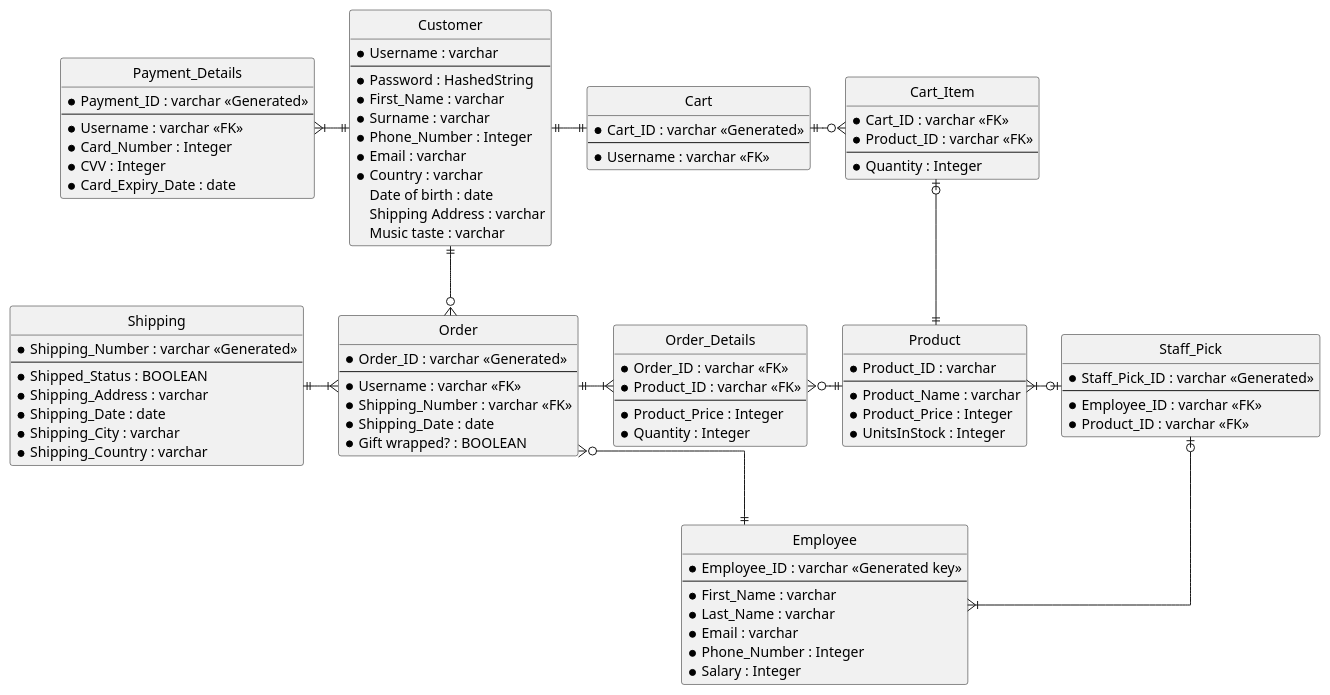
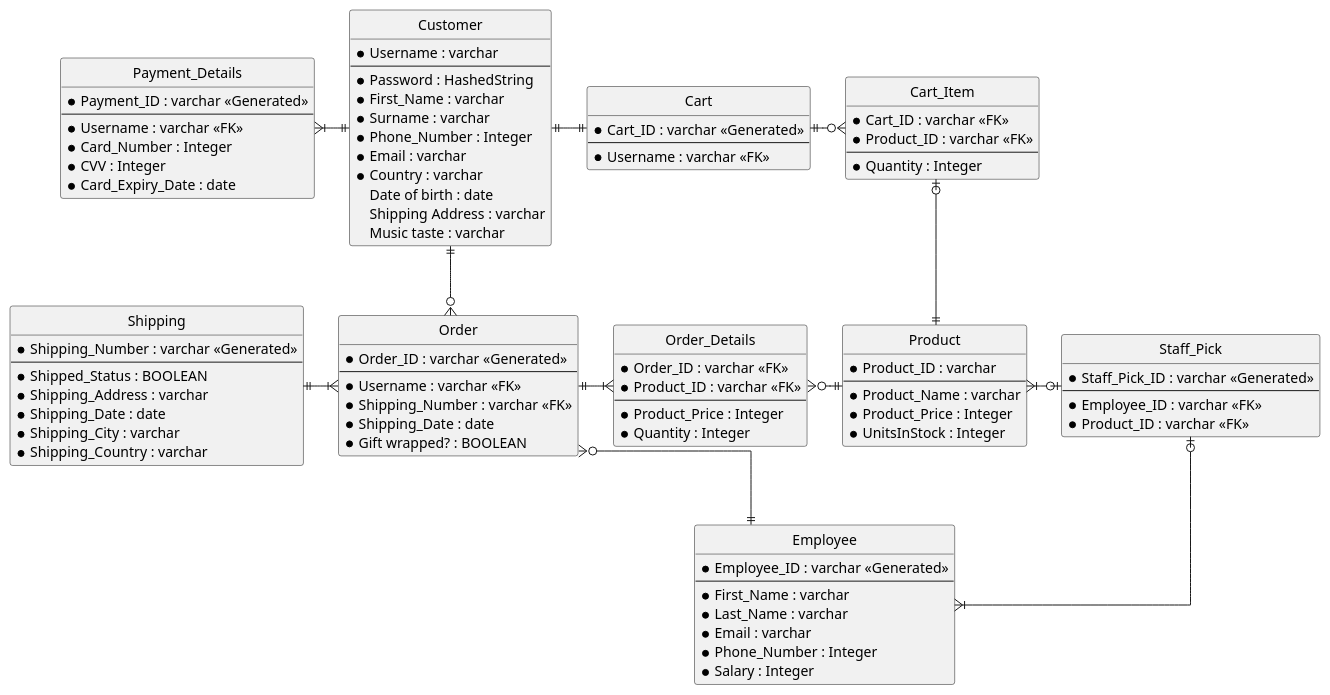
Before and after one commit to shaystevens/INFO201-assignments: the diagram in milestone2/HVLo-Fi-erd.puml, drawn with PlantUML.

Commit message:
Updated typo

```diff
--- a/milestone2/HVLo-Fi-erd.puml
+++ b/milestone2/HVLo-Fi-erd.puml
@@ -1,107 +1,107 @@
 @startuml HV Lo-Fi
 
 skinparam Style StrictUML
 skinparam LineType ortho
 skinparam monochrome true
 
 class Customer {
     * Username : varchar
 --
     * Password : HashedString
     * First_Name : varchar
     * Surname : varchar
     * Phone_Number : Integer
     * Email : varchar
     * Country : varchar
     Date of birth : date
     Shipping Address : varchar
     Music taste : varchar
 }
 
 class Product {
     * Product_ID : varchar
 --
     * Product_Name : varchar
     * Product_Price : Integer
     * UnitsInStock : Integer
 }
 
 class Order {
     * Order_ID : varchar <<Generated>>
 --
     * Username : varchar <<FK>>
     * Shipping_Number : varchar <<FK>>
     * Shipping_Date : date
     * Gift wrapped? : BOOLEAN
 }
 
 class Shipping {
     * Shipping_Number : varchar <<Generated>>
 --
     * Shipped_Status : BOOLEAN
     * Shipping_Address : varchar
     * Shipping_Date : date
     * Shipping_City : varchar
     * Shipping_Country : varchar
 }
 
 class Payment_Details {
     * Payment_ID : varchar <<Generated>>
 --
     * Username : varchar <<FK>>
     * Card_Number : Integer
     * CVV : Integer
     * Card_Expiry_Date : date
 }
 
 class Order_Details {
     * Order_ID : varchar <<FK>>
     * Product_ID : varchar <<FK>>
 --
     * Product_Price : Integer
     * Quantity : Integer
 }
 
 class Cart {
     * Cart_ID : varchar <<Generated>>
 --
     * Username : varchar <<FK>>
 }
 
 class Cart_Item {
     * Cart_ID : varchar <<FK>>
     * Product_ID : varchar <<FK>>
 --
     * Quantity : Integer
 }
 
 class Employee {
-    * Employee_ID : varchar <<Generated key>>
+    * Employee_ID : varchar <<Generated>>
 --
     * First_Name : varchar
     * Last_Name : varchar
     * Email : varchar
     * Phone_Number : Integer
     * Salary : Integer
 }
 
 class Staff_Pick {
     * Staff_Pick_ID : varchar <<Generated>>
 --
     * Employee_ID : varchar <<FK>>
     * Product_ID : varchar <<FK>>
 }
 
 Customer ||--o{ Order
 Customer ||-|| Cart
 Cart ||-o{ Cart_Item
 Cart_Item |o-|| Product
 Payment_Details }|-|| Customer
 Shipping ||-|{ Order
 Order ||-|{ Order_Details
 Order_Details }o-|| Product
 Staff_Pick |o--|{ Employee
 Product }|-o| Staff_Pick
 Order }o--|| Employee
 
 @enduml
```
